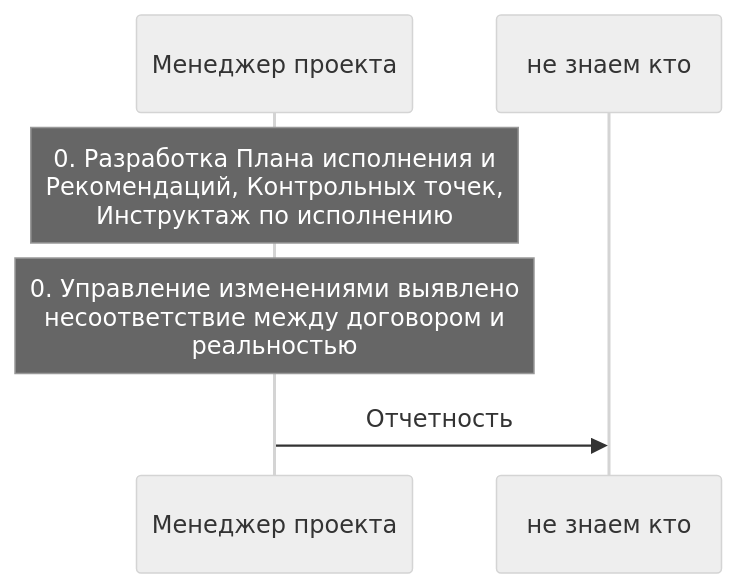
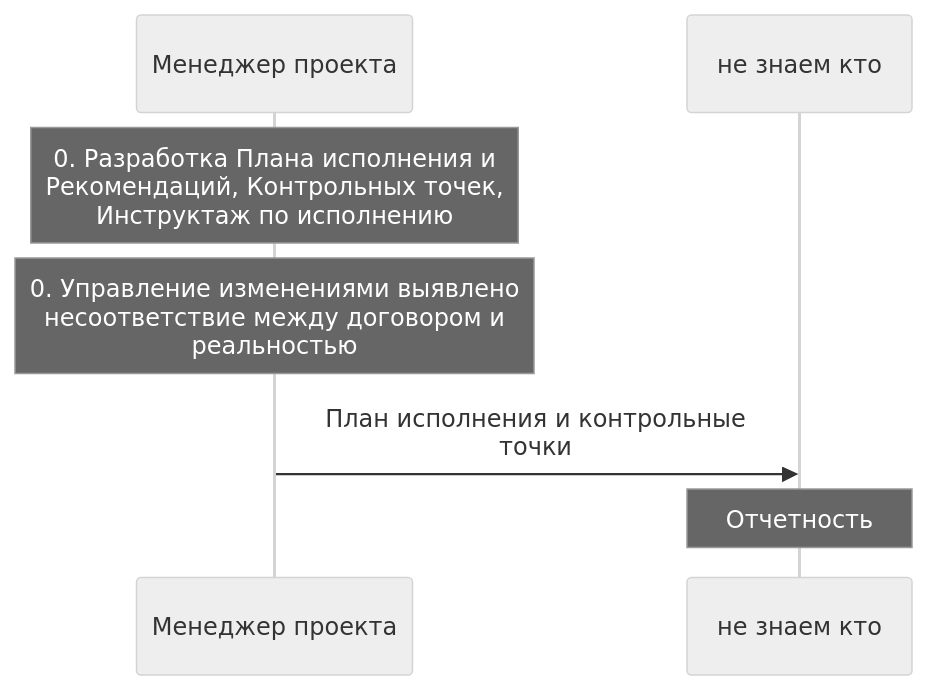
The first of 3 diagrams in inst/md-out/pro/r05-planirovanie-ispolneniya/index.md (vlad78831457/orb-work), drawn with Mermaid (neutral theme) before and after one commit. The commit also changed other lines of this file and 86 other files, not shown here.

````diff
--- a/inst/md-out/pro/r05-planirovanie-ispolneniya/index.md
+++ b/inst/md-out/pro/r05-planirovanie-ispolneniya/index.md
@@ -14,8 +14,9 @@
 ```mermaid
 sequenceDiagram
   participant r_proekt as Менеджер проекта
   participant r_none as не знаем кто
   Note over r_proekt: 0. Разработка Плана исполнения и<br/>Рекомендаций, Контрольных точек,<br/>Инструктаж по исполнению
   Note over r_proekt: 0. Управление изменениями выявлено<br/>несоответствие между договором и<br/>реальностью
-  r_proekt->>r_none: Отчетность
+  r_proekt->>r_none: План исполнения и контрольные<br/>точки
+  Note over r_none: Отчетность
 ```
````
